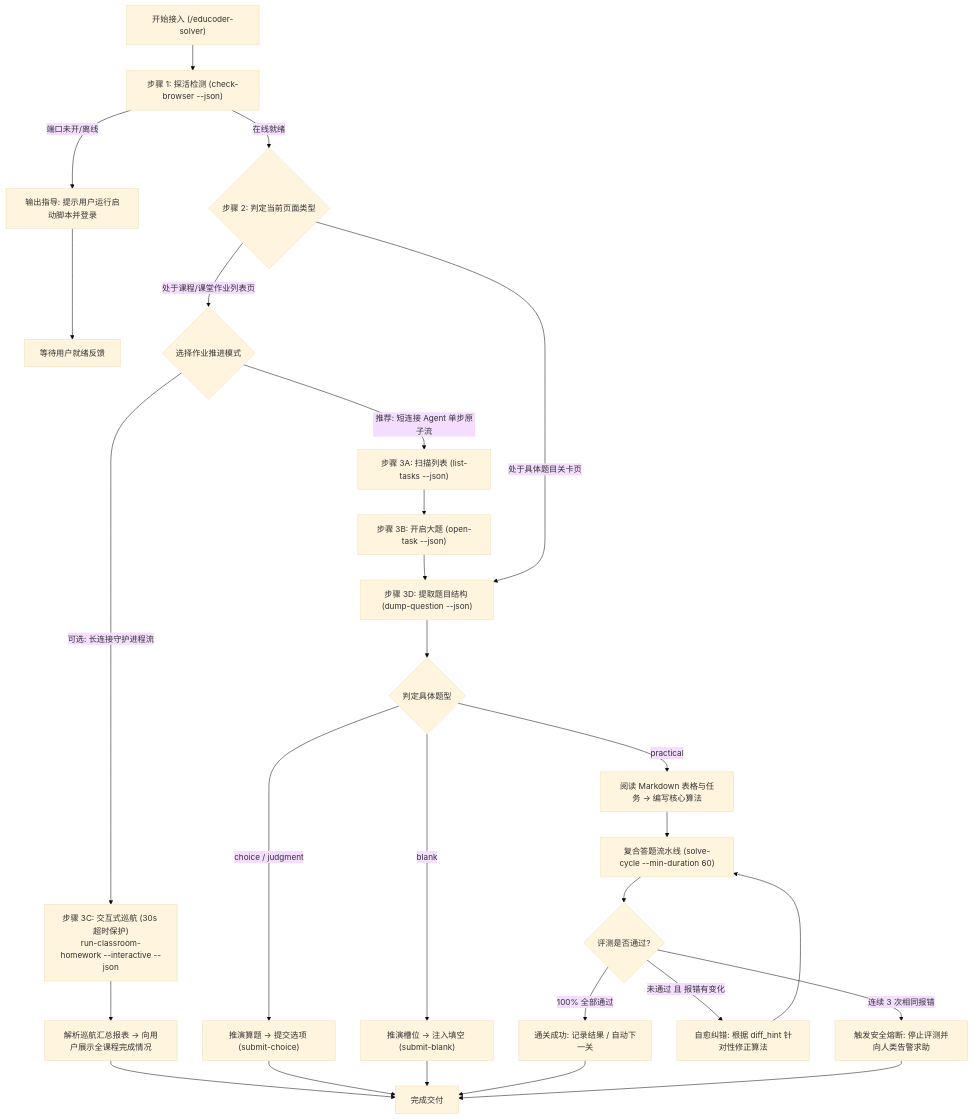
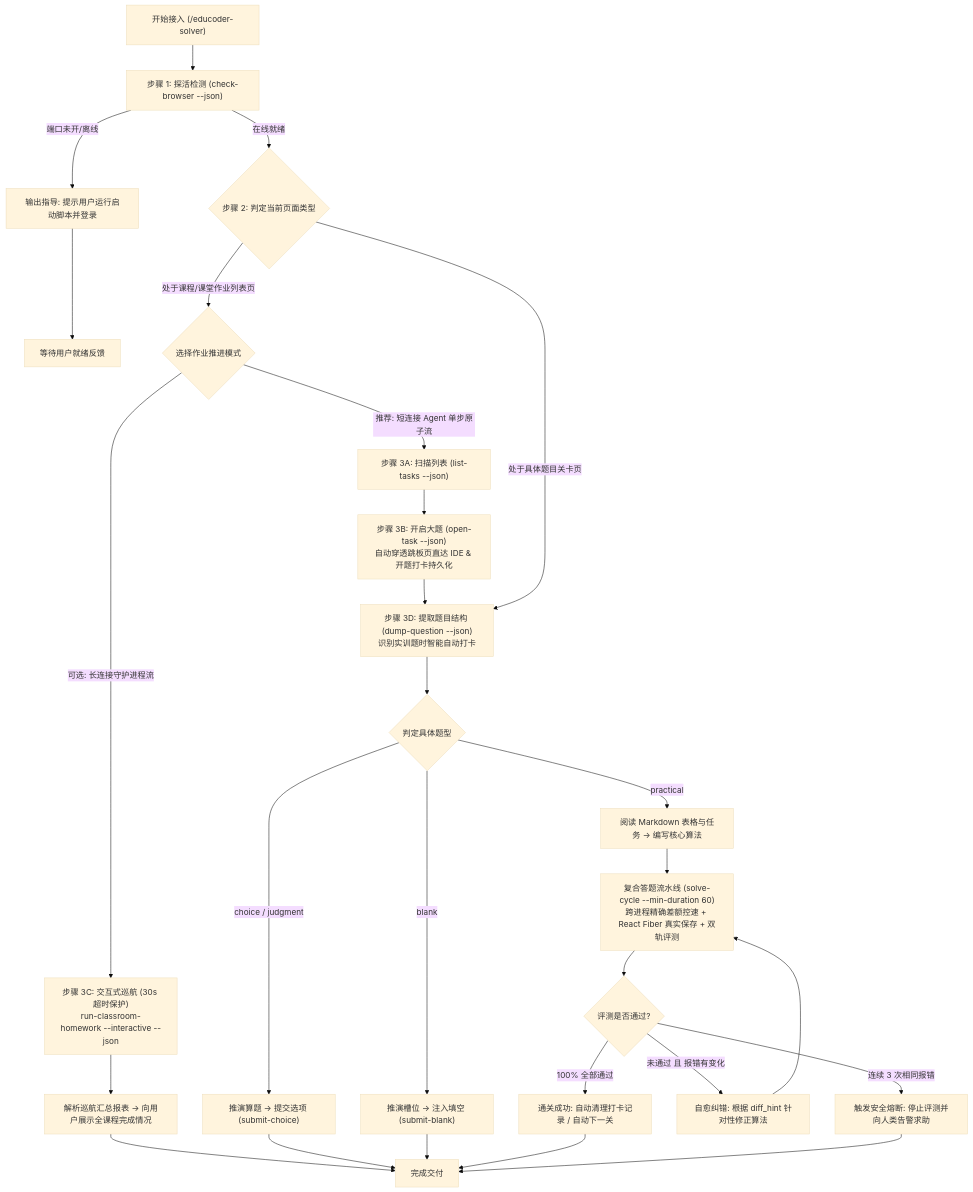
One commit to woachy/educoder-solver changed the diagram in docs/AI_MANUAL.md. Above: the diagram before and after it, drawn with Mermaid (base theme). The commit also changed other lines of this file and 17 other files, not shown here.

Commit message:
feat(v4.0.0): pacing persistence, react fiber save, springboard penetration, and multi-platform sync

````diff
--- a/docs/AI_MANUAL.md
+++ b/docs/AI_MANUAL.md
@@ -17,41 +17,41 @@
 ```mermaid
 flowchart TD
     Start["开始接入 (/educoder-solver)"] --> Check["步骤 1: 探活检测 (check-browser --json)"]
     Check -->|端口未开/离线| GuideUser["输出指导: 提示用户运行启动脚本并登录"]
     GuideUser --> WaitUser["等待用户就绪反馈"]
     
     Check -->|在线就绪| DetectPage{"步骤 2: 判定当前页面类型"}
     
     %% 分支 1: 课堂大作业列表页
     DetectPage -->|处于课程/课堂作业列表页| ChooseMode{"选择作业推进模式"}
     ChooseMode -->|推荐: 短连接 Agent 单步原子流| Step1["步骤 3A: 扫描列表 (list-tasks --json)"]
-    Step1 --> Step2["步骤 3B: 开启大题 (open-task --json)"]
+    Step1 --> Step2["步骤 3B: 开启大题 (open-task --json)<br>自动穿透跳板页直达 IDE & 开题打卡持久化"]
     Step2 --> Dump
     
     ChooseMode -->|可选: 长连接守护进程流| Cruise["步骤 3C: 交互式巡航 (30s 超时保护)<br>run-classroom-homework --interactive --json"]
     Cruise --> CruiseReport["解析巡航汇总报表 -> 向用户展示全课程完成情况"]
     CruiseReport --> End["完成交付"]
 
     %% 分支 2: 单题目关卡页
-    DetectPage -->|处于具体题目关卡页| Dump["步骤 3D: 提取题目结构 (dump-question --json)"]
+    DetectPage -->|处于具体题目关卡页| Dump["步骤 3D: 提取题目结构 (dump-question --json)<br>识别实训题时智能自动打卡"]
     Dump --> QuestionType{"判定具体题型"}
 
     QuestionType -->|choice / judgment| SolveChoice["推演算题 -> 提交选项 (submit-choice)"]
     SolveChoice --> End
 
     QuestionType -->|blank| SolveBlank["推演槽位 -> 注入填空 (submit-blank)"]
     SolveBlank --> End
 
     QuestionType -->|practical| SolvePractical["阅读 Markdown 表格与任务 -> 编写核心算法"]
-    SolvePractical --> SolveCycle["复合答题流水线 (solve-cycle --min-duration 60)"]
+    SolvePractical --> SolveCycle["复合答题流水线 (solve-cycle --min-duration 60)<br>跨进程精确差额控速 + React Fiber 真实保存 + 双轨评测"]
     SolveCycle --> EvalCheck{"评测是否通过?"}
     
-    EvalCheck -->|100% 全部通过| LevelDone["通关成功: 记录结果 / 自动下一关"]
+    EvalCheck -->|100% 全部通过| LevelDone["通关成功: 自动清理打卡记录 / 自动下一关"]
     LevelDone --> End
     
     EvalCheck -->|未通过 且 报错有变化| SelfHeal["自愈纠错: 根据 diff_hint 针对性修正算法"]
     SelfHeal --> SolveCycle
     
     EvalCheck -->|连续 3 次相同报错| CircuitBreak["触发安全熔断: 停止评测并向人类告警求助"]
     CircuitBreak --> End
 ```
````
